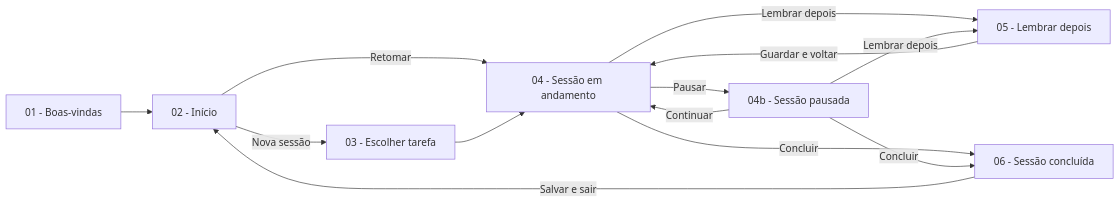
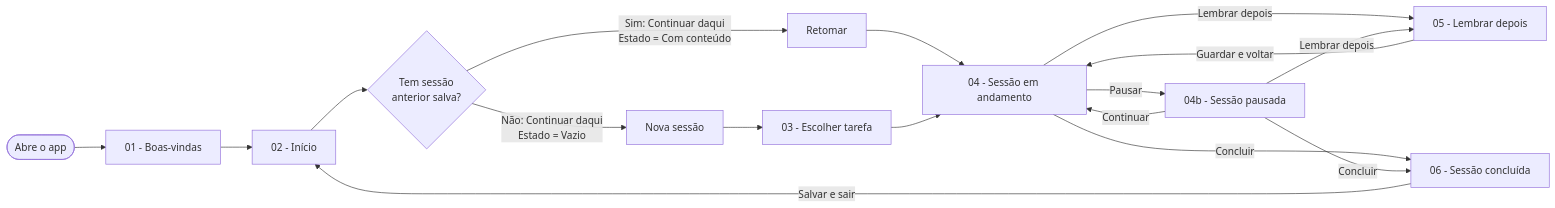
Before and after one commit to tpalomaai/UNIFECAF-ux-ui-lume-focus-app: the diagram in docs/02-fluxo.md, drawn with Mermaid. The commit also changed other lines of this file and 2 other files, not shown here.

Commit message:
Reforça o documento teórico com o processo formal de UX
O enunciado do trabalho pede para estruturar a experiência do
usuário, não só entregar a interface pronta. Lidos os resumos de
aula da disciplina (Obsidian) e incorporadas as ferramentas formais
estudadas, encaixadas no que já existia:

- 1.1: Problem Statement, Matriz CSD, Mapa de Empatia
- 1.2: Journey Map formal (curva de emoção), Pain Points
  (impacto x frequência), perguntas HMW ligadas às decisões já
  tomadas
- 1.3: processo mapeado no Duplo Diamante, Arquitetura da
  Informação (organização, rotulagem, navegação, sitemap), User
  Flow, Matriz de Impacto x Esforço justificando o que entrou no
  MVP e o que foi estacionado

docs/02-fluxo.md ganhou um ponto de decisão real (tem sessão
anterior salva?), virando um User Flow de verdade em vez de um
Task Flow puramente linear.

````diff
--- a/docs/02-fluxo.md
+++ b/docs/02-fluxo.md
@@ -4,15 +6,19 @@
 ```mermaid
 flowchart LR
-  A[01 - Boas-vindas] --> B[02 - Início]
-  B -->|Nova sessão| C[03 - Escolher tarefa]
-  B -->|Retomar| D
+  Z([Abre o app]) --> A[01 - Boas-vindas]
+  A --> B[02 - Início]
+  B --> G{Tem sessão<br/>anterior salva?}
+  G -->|Sim: Continuar daqui<br/>Estado = Com conteúdo| H[Retomar]
+  G -->|Não: Continuar daqui<br/>Estado = Vazio| I[Nova sessão]
+  H --> D
+  I --> C[03 - Escolher tarefa]
   C --> D[04 - Sessão em andamento]
   D -->|Pausar| P[04b - Sessão pausada]
   P -->|Continuar| D
   D -->|Lembrar depois| E[05 - Lembrar depois]
   P -->|Lembrar depois| E
   E -->|Guardar e voltar| D
   D -->|Concluir| F[06 - Sessão concluída]
   P -->|Concluir| F
   F -->|Salvar e sair| B
 ```
````
